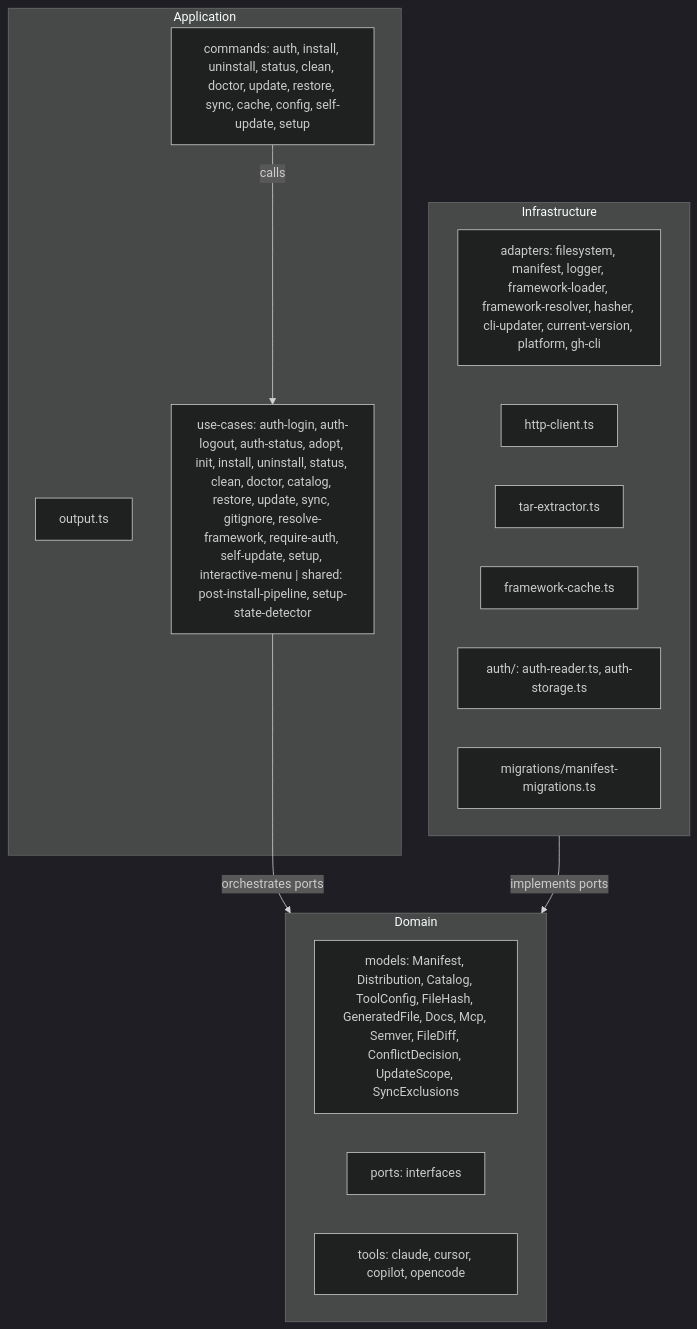
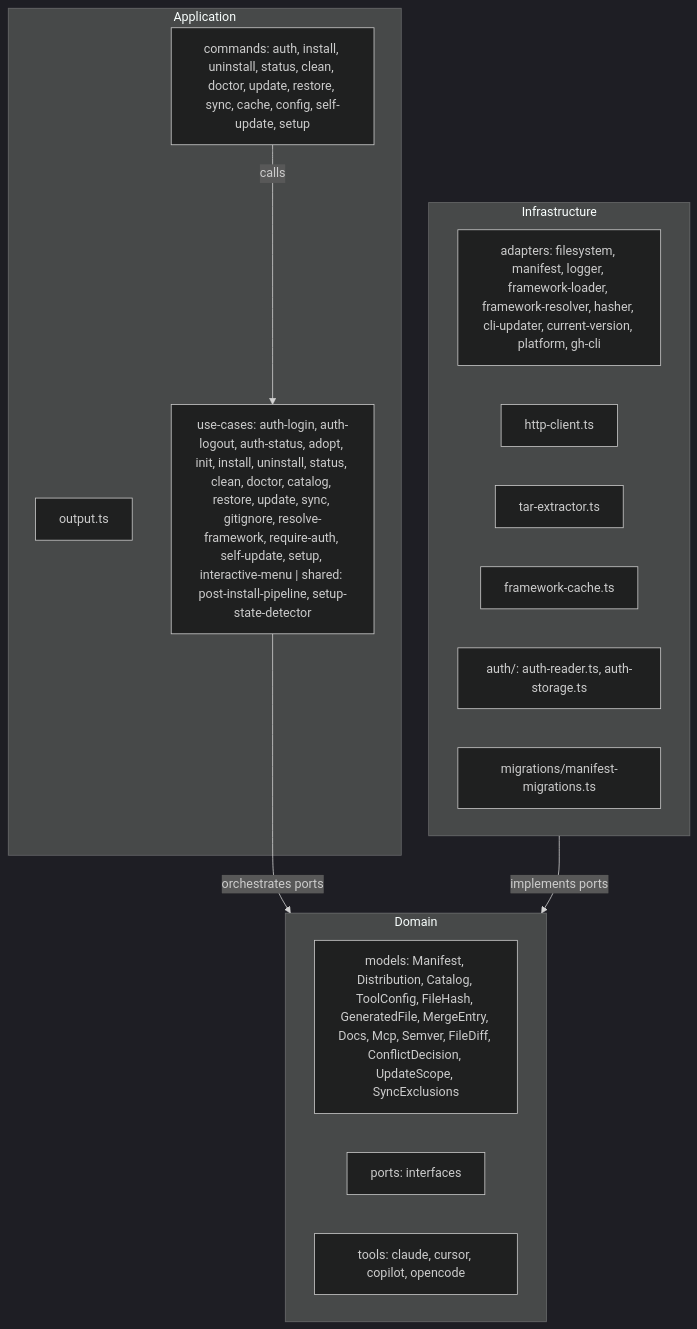
One commit to ai-driven-dev/framework changed the second of 3 diagrams in aidd_docs/memory/architecture.md. Above: the diagram before and after it, drawn with Mermaid (dark theme). The commit also changed other lines of this file and 35 other files, not shown here.

First line of the commit message:
feat(domain): per-entry hash tracking for merge config files (#131)

````diff
--- a/aidd_docs/memory/architecture.md
+++ b/aidd_docs/memory/architecture.md
@@ -41,24 +41,24 @@
 ```mermaid
 flowchart TD
     subgraph APP["Application"]
         CMD_FILES["commands: auth, install, uninstall, status, clean, doctor, update, restore, sync, cache, config, self-update, setup"]
         OUTPUT["output.ts"]
         USECASES["use-cases: auth-login, auth-logout, auth-status, adopt, init, install, uninstall, status, clean, doctor, catalog, restore, update, sync, gitignore, resolve-framework, require-auth, self-update, setup, interactive-menu | shared: post-install-pipeline, setup-state-detector"]
     end
     subgraph DOM["Domain"]
-        MODELS["models: Manifest, Distribution, Catalog, ToolConfig, FileHash, GeneratedFile, Docs, Mcp, Semver, FileDiff, ConflictDecision, UpdateScope, SyncExclusions"]
+        MODELS["models: Manifest, Distribution, Catalog, ToolConfig, FileHash, GeneratedFile, MergeEntry, Docs, Mcp, Semver, FileDiff, ConflictDecision, UpdateScope, SyncExclusions"]
         PORTS["ports: interfaces"]
         TOOLS["tools: claude, cursor, copilot, opencode"]
     end
     subgraph INFRA["Infrastructure"]
         ADAPTERS["adapters: filesystem, manifest, logger, framework-loader, framework-resolver, hasher, cli-updater, current-version, platform, gh-cli"]
         HTTP["http-client.ts"]
         TAR["tar-extractor.ts"]
         CACHE["framework-cache.ts"]
         AUTH["auth/: auth-reader.ts, auth-storage.ts"]
         MIG["migrations/manifest-migrations.ts"]
     end
     CMD_FILES -->|calls| USECASES
     USECASES -->|orchestrates ports| DOM
     INFRA -->|implements ports| DOM
 ```
````
